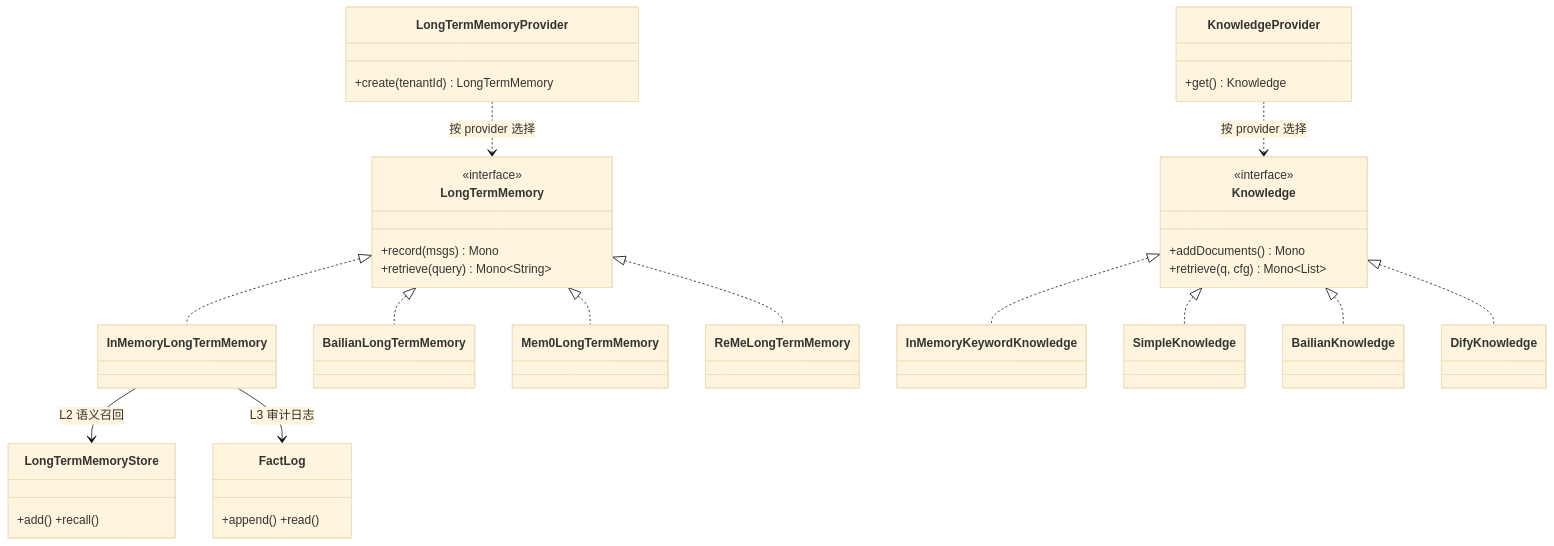
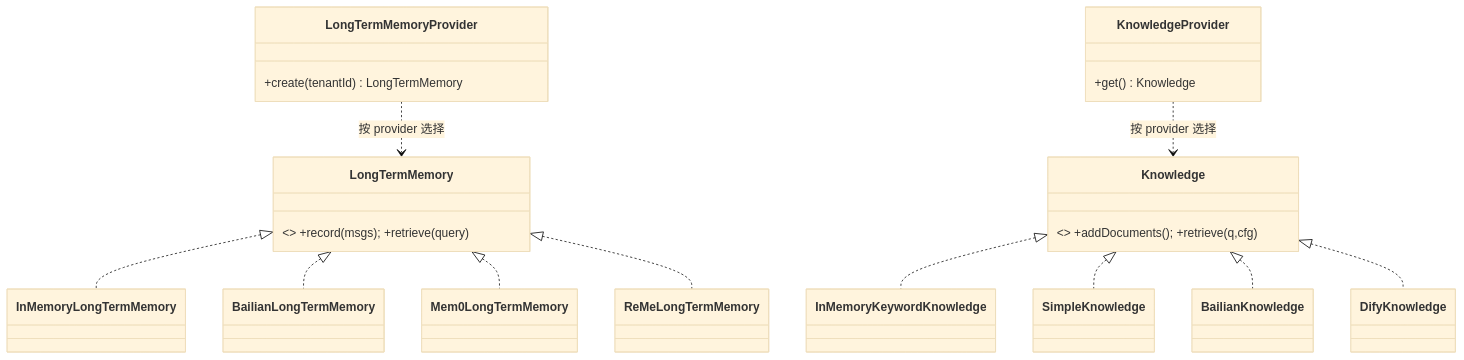
One commit to liulangjietou/customer_work changed the eighth of 26 diagrams in docs/详细技术文档.md. Above: the diagram before and after it, drawn with Mermaid (base theme). The commit also changed other lines of this file, not shown here.

````diff
--- a/docs/详细技术文档.md
+++ b/docs/详细技术文档.md
@@ -317,40 +331,26 @@
 ```mermaid
 classDiagram
-    class LongTermMemory {
-        <<interface>>
-        +record(msgs) Mono
-        +retrieve(query) Mono~String~
-    }
+    class LongTermMemory { <<interface>> +record(msgs); +retrieve(query) }
     class InMemoryLongTermMemory
     class BailianLongTermMemory
     class Mem0LongTermMemory
     class ReMeLongTermMemory
-    class LongTermMemoryProvider {
-        +create(tenantId) LongTermMemory
-    }
-    class LongTermMemoryStore { +add() +recall() }
-    class FactLog { +append() +read() }
+    class LongTermMemoryProvider { +create(tenantId) LongTermMemory }
     LongTermMemory <|.. InMemoryLongTermMemory
     LongTermMemory <|.. BailianLongTermMemory
     LongTermMemory <|.. Mem0LongTermMemory
     LongTermMemory <|.. ReMeLongTermMemory
     LongTermMemoryProvider ..> LongTermMemory : 按 provider 选择
-    InMemoryLongTermMemory --> LongTermMemoryStore : L2 语义召回
-    InMemoryLongTermMemory --> FactLog : L3 审计日志
 
-    class Knowledge {
-        <<interface>>
-        +addDocuments() Mono
-        +retrieve(q, cfg) Mono~List~
-    }
+    class Knowledge { <<interface>> +addDocuments(); +retrieve(q,cfg) }
     class InMemoryKeywordKnowledge
     class SimpleKnowledge
     class BailianKnowledge
     class DifyKnowledge
     class KnowledgeProvider { +get() Knowledge }
     Knowledge <|.. InMemoryKeywordKnowledge
     Knowledge <|.. SimpleKnowledge
     Knowledge <|.. BailianKnowledge
     Knowledge <|.. DifyKnowledge
     KnowledgeProvider ..> Knowledge : 按 provider 选择
 ```
````
